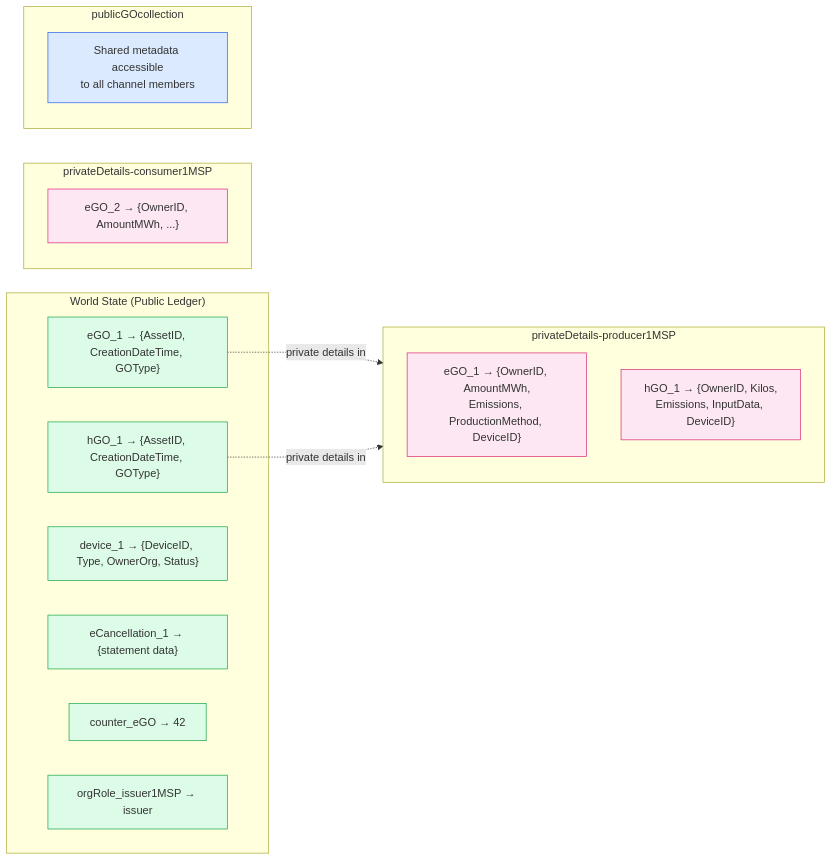
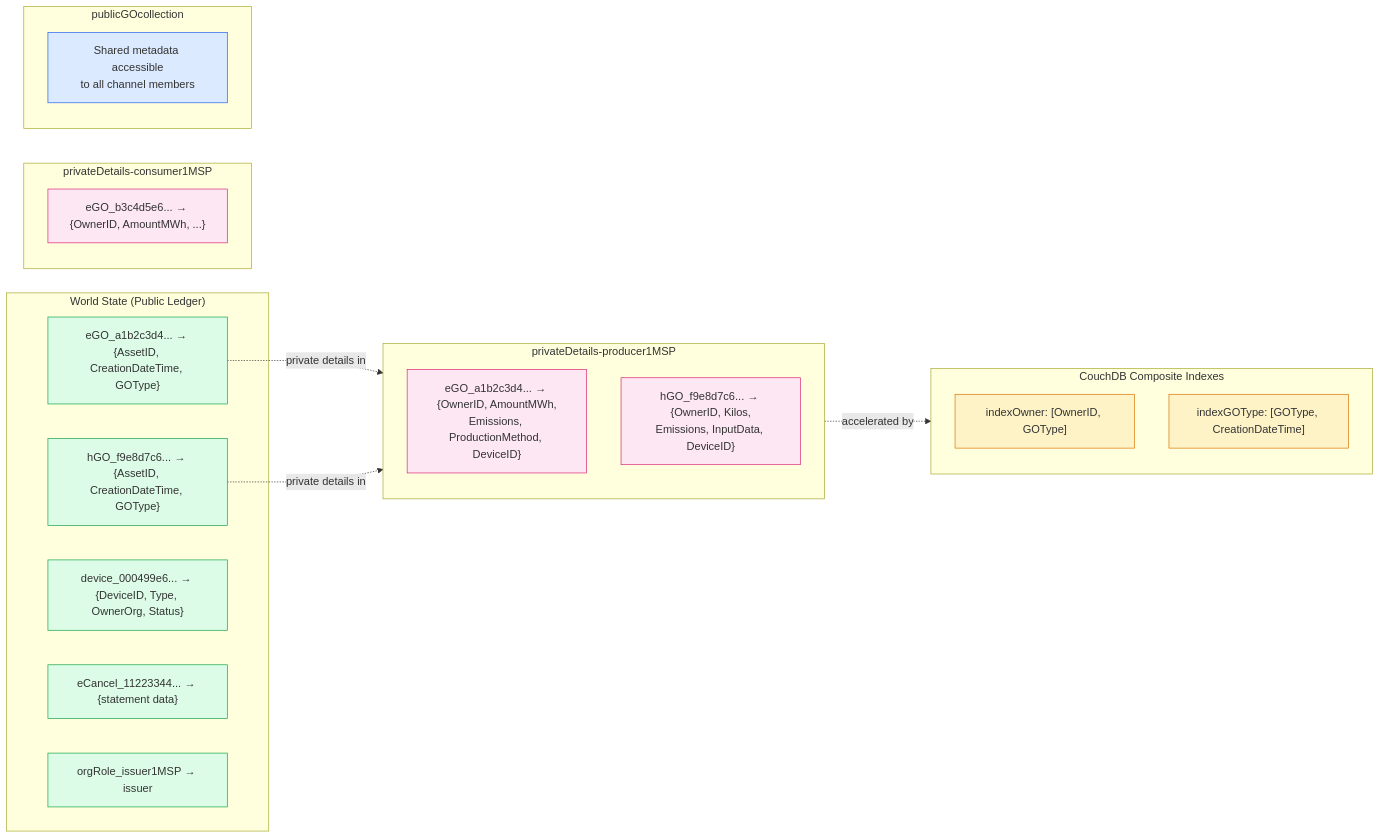
One commit to JonaAlbrecht/CrossGO-Hyperledger-Fabric-Guarantees-of-Origin changed the fifth of 6 diagrams in Project-Description/architecture-diagrams.md. Above: the diagram before and after it, drawn with Mermaid. The commit also changed other lines of this file and 42 other files, not shown here.

````diff
--- a/Project-Description/architecture-diagrams.md
+++ b/Project-Description/architecture-diagrams.md
@@ -312,35 +313,42 @@
 ```mermaid
 graph LR
     subgraph WorldState["World State (Public Ledger)"]
-        WS1["eGO_1 → {AssetID, CreationDateTime, GOType}"]
-        WS2["hGO_1 → {AssetID, CreationDateTime, GOType}"]
-        WS3["device_1 → {DeviceID, Type, OwnerOrg, Status}"]
-        WS4["eCancellation_1 → {statement data}"]
-        WS5["counter_eGO → 42"]
-        WS6["orgRole_issuer1MSP → issuer"]
+        WS1["eGO_a1b2c3d4... → {AssetID, CreationDateTime, GOType}"]
+        WS2["hGO_f9e8d7c6... → {AssetID, CreationDateTime, GOType}"]
+        WS3["device_000499e6... → {DeviceID, Type, OwnerOrg, Status}"]
+        WS4["eCancel_11223344... → {statement data}"]
+        WS5["orgRole_issuer1MSP → issuer"]
     end
 
     subgraph PDC1["privateDetails-producer1MSP"]
-        PD1["eGO_1 → {OwnerID, AmountMWh,<br/>Emissions, ProductionMethod, DeviceID}"]
-        PD2["hGO_1 → {OwnerID, Kilos,<br/>Emissions, InputData, DeviceID}"]
+        PD1["eGO_a1b2c3d4... → {OwnerID, AmountMWh,<br/>Emissions, ProductionMethod, DeviceID}"]
+        PD2["hGO_f9e8d7c6... → {OwnerID, Kilos,<br/>Emissions, InputData, DeviceID}"]
     end
 
     subgraph PDC2["privateDetails-consumer1MSP"]
-        PD3["eGO_2 → {OwnerID, AmountMWh, ...}"]
+        PD3["eGO_b3c4d5e6... → {OwnerID, AmountMWh, ...}"]
     end
 
     subgraph PDC3["publicGOcollection"]
         PD4["Shared metadata accessible<br/>to all channel members"]
     end
 
+    subgraph Indexes["CouchDB Composite Indexes"]
+        IDX1["indexOwner: [OwnerID, GOType]"]
+        IDX2["indexGOType: [GOType, CreationDateTime]"]
+    end
+
     WS1 -.->|private details in| PDC1
     WS2 -.->|private details in| PDC1
+    PDC1 -.->|accelerated by| Indexes
 
     classDef public fill:#dcfce7,stroke:#16a34a
     classDef private fill:#fce7f3,stroke:#db2777
     classDef shared fill:#dbeafe,stroke:#2563eb
+    classDef index fill:#fef3c7,stroke:#d97706
 
-    class WS1,WS2,WS3,WS4,WS5,WS6 public
+    class WS1,WS2,WS3,WS4,WS5 public
     class PD1,PD2,PD3 private
     class PD4 shared
+    class IDX1,IDX2 index
 ```
````
